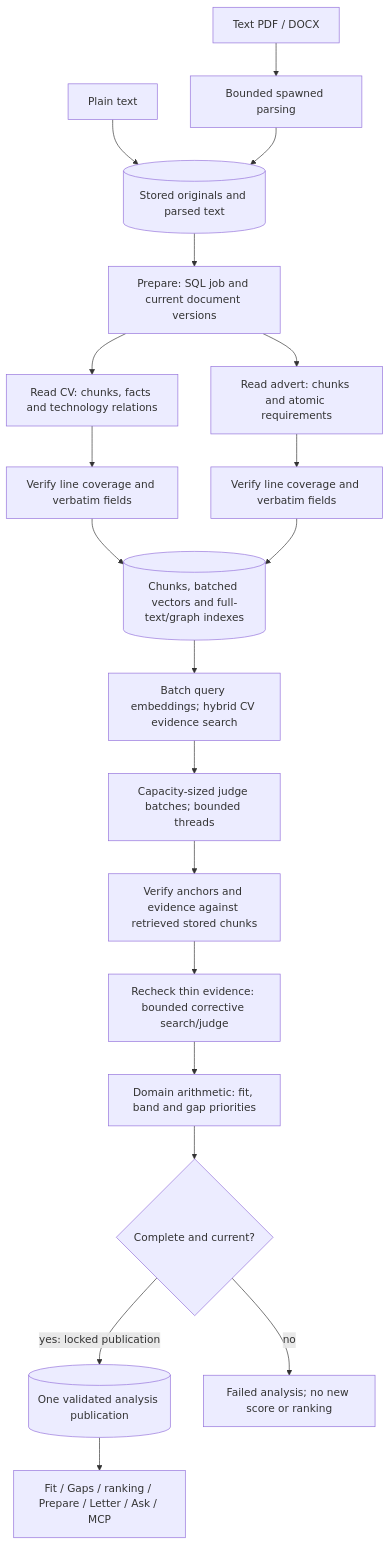
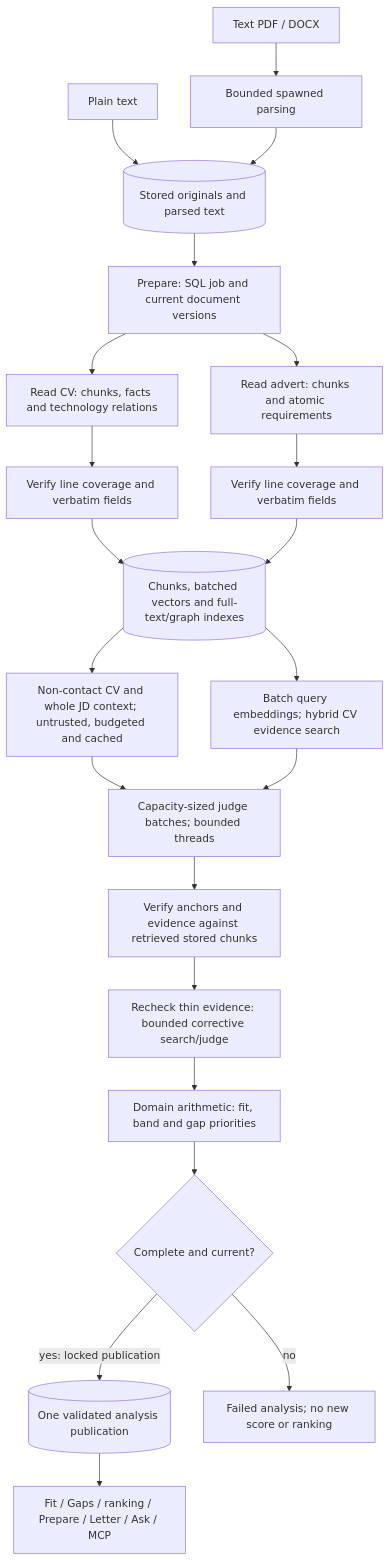
One commit to ArifMehmood16/career-intelligence-assistant changed the first of 2 diagrams in docs/architecture.md. Above: the diagram before and after it, drawn with Mermaid. The commit also changed other lines of this file and 17 other files, not shown here.

````diff
--- a/docs/architecture.md
+++ b/docs/architecture.md
@@ -9,22 +9,24 @@
 ```mermaid
 flowchart TD
   binary["Text PDF / DOCX"] --> cpu["Bounded spawned parsing"]
   plain["Plain text"] --> documents[("Stored originals and parsed text")]
   cpu --> documents
   documents --> prepare["Prepare: SQL job and current document versions"]
   prepare --> cv["Read CV: chunks, facts and technology relations"]
   prepare --> jd["Read advert: chunks and atomic requirements"]
   cv --> cvcheck["Verify line coverage and verbatim fields"]
   jd --> jdcheck["Verify line coverage and verbatim fields"]
   cvcheck --> index[("Chunks, batched vectors and full-text/graph indexes")]
   jdcheck --> index
   index --> search["Batch query embeddings; hybrid CV evidence search"]
-  search --> judge["Capacity-sized judge batches; bounded threads"]
+  index --> context["Non-contact CV and whole JD context; untrusted, budgeted and cached"]
+  context --> judge["Capacity-sized judge batches; bounded threads"]
+  search --> judge
   judge --> verify["Verify anchors and evidence against retrieved stored chunks"]
   verify --> correction["Recheck thin evidence: bounded corrective search/judge"]
   correction --> score["Domain arithmetic: fit, band and gap priorities"]
   score --> complete{"Complete and current?"}
   complete -->|yes: locked publication| publication[("One validated analysis publication")]
   complete -->|no| failed["Failed analysis; no new score or ranking"]
   publication --> views["Fit / Gaps / ranking / Prepare / Letter / Ask / MCP"]
 ```
````
